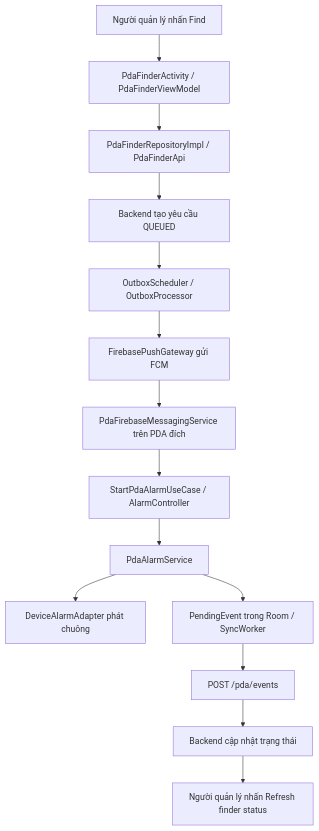
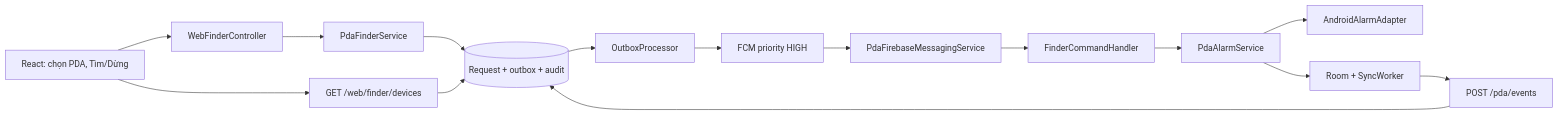
The diagram in docs/14-device-finder-flow.md (ThienDuc1112/spa_device), drawn with Mermaid before and after one commit. The commit also changed other lines of this file and 74 other files, not shown here.

Commit message:
Update PDA registration, FCM finder and documentation

````diff
--- a/docs/14-device-finder-flow.md
+++ b/docs/14-device-finder-flow.md
@@ -16,16 +7,17 @@
 ```mermaid
-flowchart TD
-    User[Người quản lý nhấn Find] --> Screen[PdaFinderActivity / PdaFinderViewModel]
-    Screen --> Repo[PdaFinderRepositoryImpl / PdaFinderApi]
-    Repo --> Server[Backend tạo yêu cầu QUEUED]
-    Server --> Outbox[OutboxScheduler / OutboxProcessor]
-    Outbox --> FCM[FirebasePushGateway gửi FCM]
-    FCM --> Target[PdaFirebaseMessagingService trên PDA đích]
-    Target --> Controller[StartPdaAlarmUseCase / AlarmController]
-    Controller --> Service[PdaAlarmService]
-    Service --> Adapter[DeviceAlarmAdapter phát chuông]
-    Service --> Worker[PendingEvent trong Room / SyncWorker]
-    Worker --> EventAPI[POST /pda/events]
-    EventAPI --> Status[Backend cập nhật trạng thái]
-    Status --> Refresh[Người quản lý nhấn Refresh finder status]
+flowchart LR
+  Web[React: chọn PDA, Tìm/Dừng] --> API[WebFinderController]
+  API --> Service[PdaFinderService]
+  Service --> DB[(Request + outbox + audit)]
+  DB --> Worker[OutboxProcessor]
+  Worker --> FCM[FCM priority HIGH]
+  FCM --> Receiver[PdaFirebaseMessagingService]
+  Receiver --> Handler[FinderCommandHandler]
+  Handler --> Alarm[PdaAlarmService]
+  Alarm --> Audio[AndroidAlarmAdapter]
+  Alarm --> Sync[Room + SyncWorker]
+  Sync --> Events[POST /pda/events]
+  Events --> DB
+  Web --> List[GET /web/finder/devices]
+  List --> DB
 ```
````
